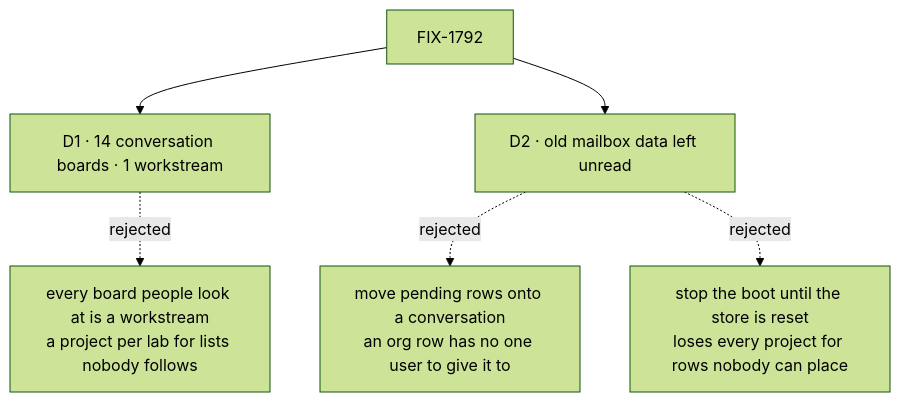
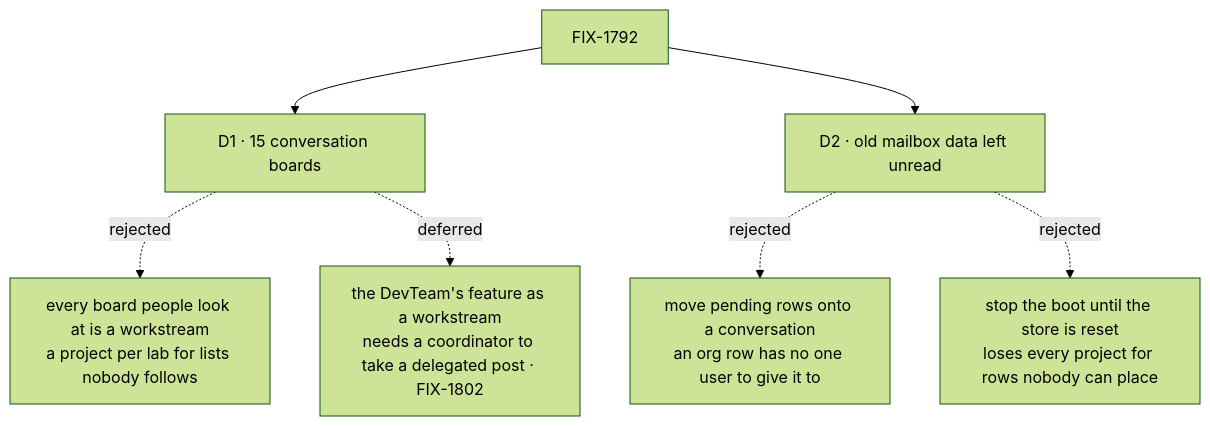
One commit to fixpoint-labs/flow-state-dev changed the diagram in specs/issues/FIX-1792/DECISIONS.md. Above: the diagram before and after it, drawn with Mermaid (forest theme). The commit also changed other lines of this file and 9 other files, not shown here.

````diff
--- a/specs/issues/FIX-1792/DECISIONS.md
+++ b/specs/issues/FIX-1792/DECISIONS.md
@@ -10,8 +10,9 @@
 ```mermaid
 flowchart TD
-  I["FIX-1792"] --> D1["D1 · 14 conversation boards · 1 workstream"]
+  I["FIX-1792"] --> D1["D1 · 15 conversation boards"]
   D1 -.->|"rejected"| X1["every board people look at is a workstream<br/>a project per lab for lists nobody follows"]
+  D1 -.->|"deferred"| X1b["the DevTeam's feature as a workstream<br/>needs a coordinator to take a delegated post · FIX-1802"]
   I --> D2["D2 · old mailbox data left unread"]
   D2 -.->|"rejected"| X2["move pending rows onto a conversation<br/>an org row has no one user to give it to"]
   D2 -.->|"rejected"| X3["stop the boot until the store is reset<br/>loses every project for rows nobody can place"]
 ```
````
